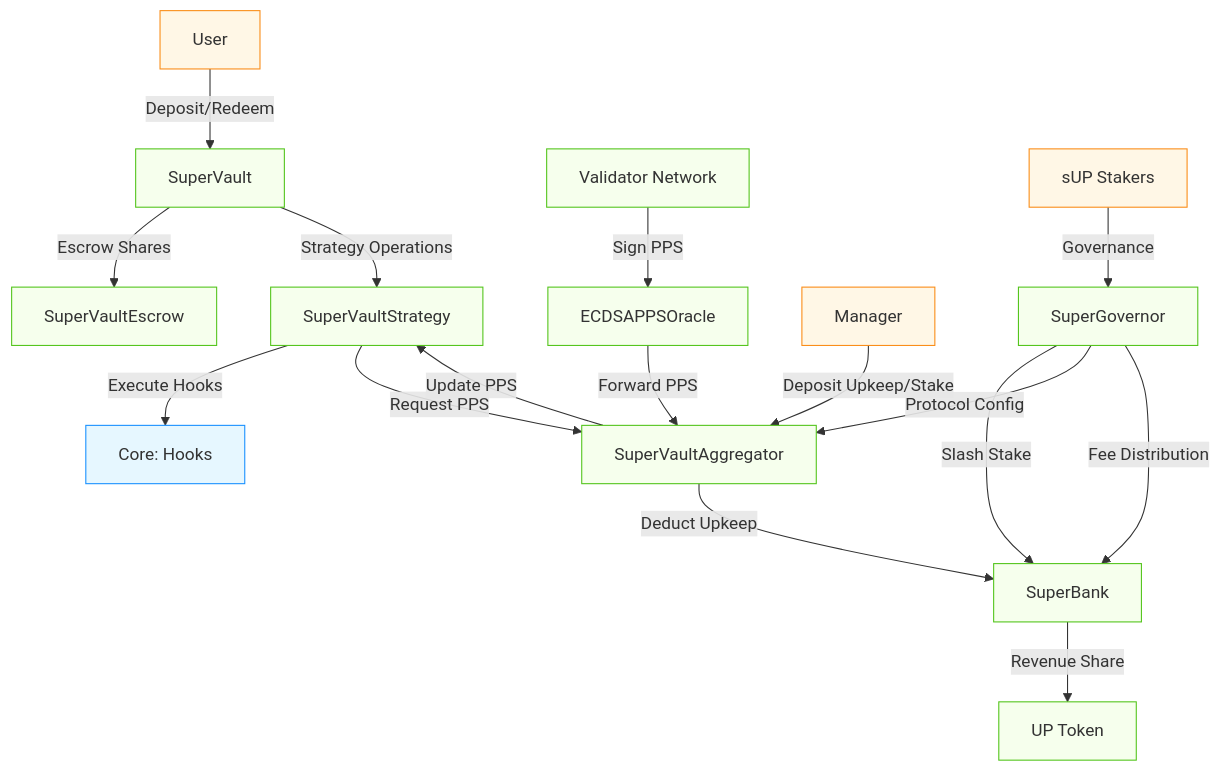
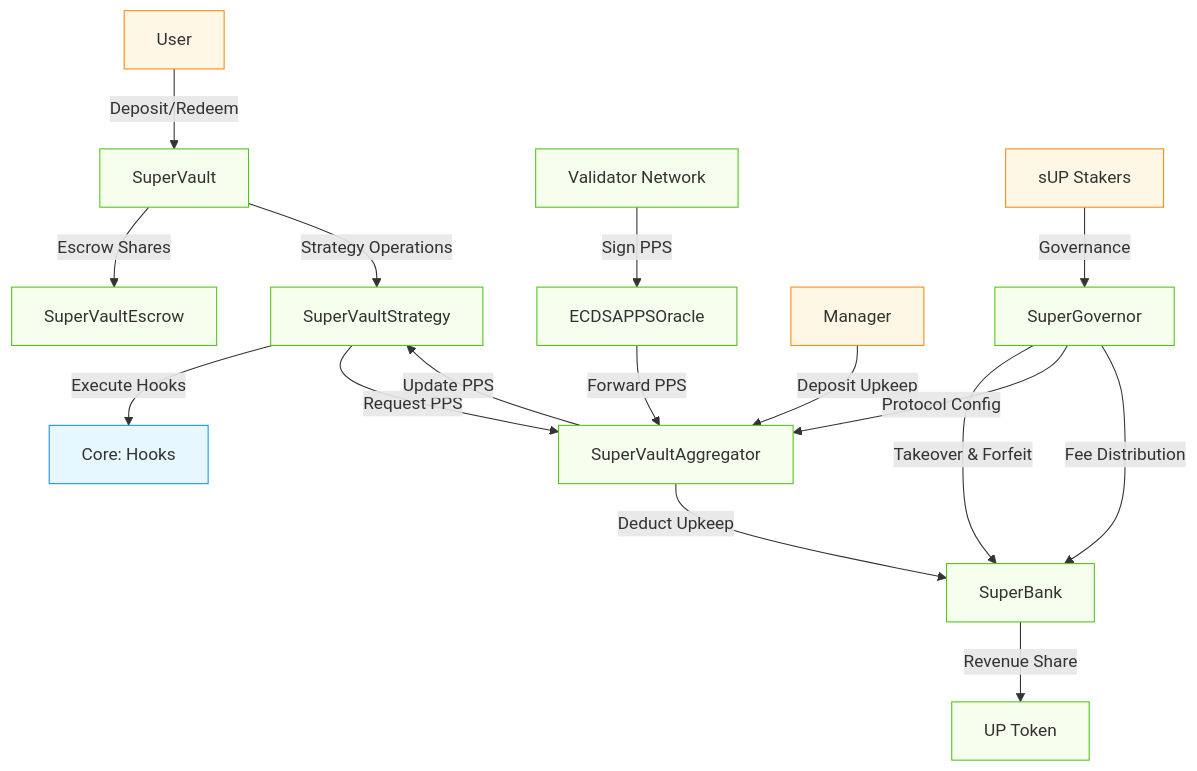
Before and after one commit to superform-xyz/v2-periphery: the diagram in README.md, drawn with Mermaid. The commit also changed other lines of this file and 7 other files, not shown here.

````diff
--- a/README.md
+++ b/README.md
@@ -35,29 +35,29 @@
 ```mermaid
 graph TD
     User[User] -->|Deposit/Redeem| SuperVault[SuperVault]
     SuperVault -->|Escrow Shares| SuperVaultEscrow[SuperVaultEscrow]
     SuperVault -->|Strategy Operations| SuperVaultStrategy[SuperVaultStrategy]
     SuperVaultStrategy -->|Execute Hooks| Hooks[Core: Hooks]
     SuperVaultStrategy -->|Request PPS| SuperVaultAggregator[SuperVaultAggregator]
     
     Validators[Validator Network] -->|Sign PPS| ECDSAPPSOracle[ECDSAPPSOracle]
     ECDSAPPSOracle -->|Forward PPS| SuperVaultAggregator
     SuperVaultAggregator -->|Update PPS| SuperVaultStrategy
     
-    Manager[Manager] -->|Deposit Upkeep/Stake| SuperVaultAggregator
+    Manager[Manager] -->|Deposit Upkeep| SuperVaultAggregator
     SuperVaultAggregator -->|Deduct Upkeep| SuperBank[SuperBank]
-    SuperGovernor[SuperGovernor] -->|Slash Stake| SuperBank
+    SuperGovernor[SuperGovernor] -->|Takeover & Forfeit| SuperBank
     
     sUP[sUP Stakers] -->|Governance| SuperGovernor
     SuperGovernor -->|Protocol Config| SuperVaultAggregator
     SuperGovernor -->|Fee Distribution| SuperBank
     SuperBank -->|Revenue Share| UP[UP Token]
     
     classDef core fill:#e6f7ff,stroke:#1890ff
     classDef periphery fill:#f6ffed,stroke:#52c41a
     classDef user fill:#fff7e6,stroke:#fa8c16
     
     class User,sUP,Manager user
     class Hooks core
     class SuperVault,SuperVaultEscrow,SuperVaultStrategy,SuperVaultAggregator,ECDSAPPSOracle,Validators,SuperBank,SuperGovernor,UP periphery
 ```
````
